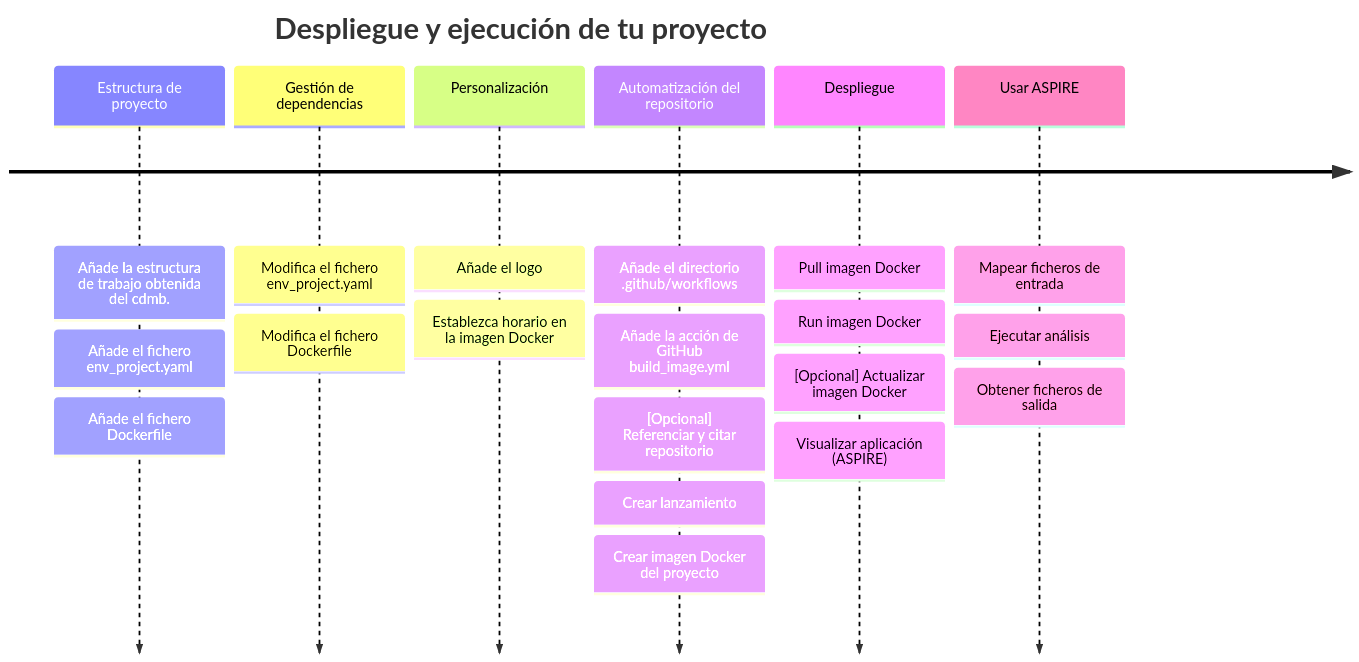
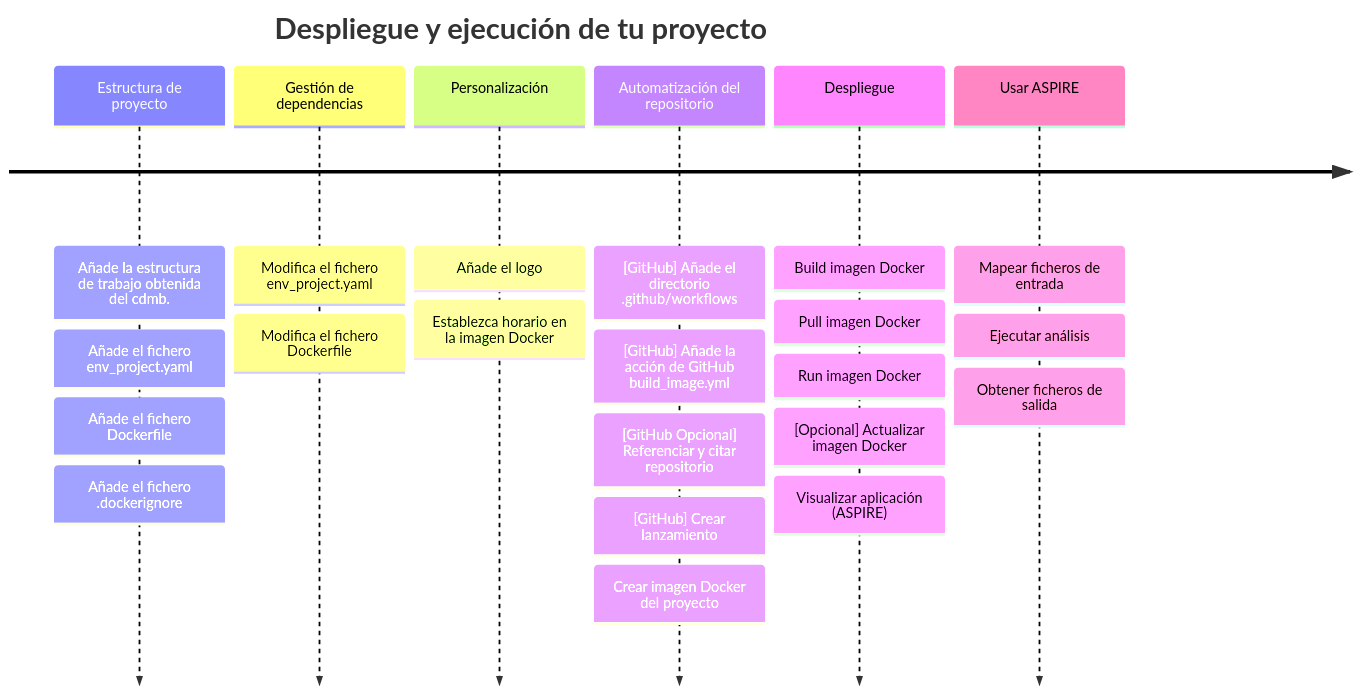
The third of 3 diagrams in README.md (cienciadedatosysalud/manual_aspire), drawn with Mermaid before and after one commit. The commit also changed other lines of this file, not shown here.

````diff
--- a/README.md
+++ b/README.md
@@ -75,23 +77,25 @@
 ```mermaid
  timeline
     title Despliegue y ejecución de tu proyecto
     Estructura de proyecto : Añade la estructura de trabajo obtenida del cdmb.
                            : Añade el fichero env_project.yaml
                            : Añade el fichero Dockerfile
+                           : Añade el fichero .dockerignore
     Gestión de dependencias : Modifica el fichero env_project.yaml
                             : Modifica el fichero Dockerfile
     Personalización : Añade el logo
                     : Establezca horario en la imagen Docker
-    Automatización del repositorio : Añade el directorio .github/workflows
-                                   : Añade la acción de GitHub build_image.yml
-                                   : [Opcional] Referenciar y citar repositorio
-                                   : Crear lanzamiento
+    Automatización del repositorio : [GitHub] Añade el directorio .github/workflows
+                                   : [GitHub] Añade la acción de GitHub build_image.yml
+                                   : [GitHub Opcional] Referenciar y citar repositorio
+                                   : [GitHub] Crear lanzamiento
                                    : Crear imagen Docker del proyecto
-    Despliegue : Pull imagen Docker
+    Despliegue : Build imagen Docker
+               : Pull imagen Docker
                : Run imagen Docker
                : [Opcional] Actualizar imagen Docker
                : Visualizar aplicación (ASPIRE)
     Usar ASPIRE : Mapear ficheros de entrada
                 : Ejecutar análisis
                 : Obtener ficheros de salida
 ```
````
